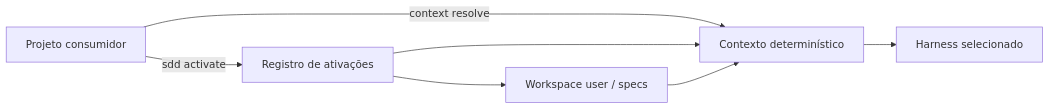
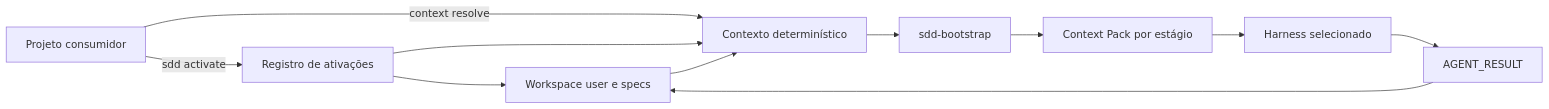
One commit to fellipemauriciosilva/sdd-toolkit changed the first of 2 diagrams in docs/USER-SCOPE.md. Above: the diagram before and after it, drawn with Mermaid. The commit also changed other lines of this file and 105 other files, not shown here.

Commit message:
feat: add context pack orchestration

````diff
--- a/docs/USER-SCOPE.md
+++ b/docs/USER-SCOPE.md
@@ -33,9 +33,13 @@
 ```mermaid
 flowchart LR
     P[Projeto consumidor] -->|sdd activate| R[Registro de ativações]
-    R --> W[Workspace user / specs]
+    R --> W[Workspace user e specs]
     P -->|context resolve| C[Contexto determinístico]
     R --> C
     W --> C
-    C --> H[Harness selecionado]
+    C --> B[sdd-bootstrap]
+    B --> K[Context Pack por estágio]
+    K --> H[Harness selecionado]
+    H --> O[AGENT_RESULT]
+    O --> W
 ```
````
